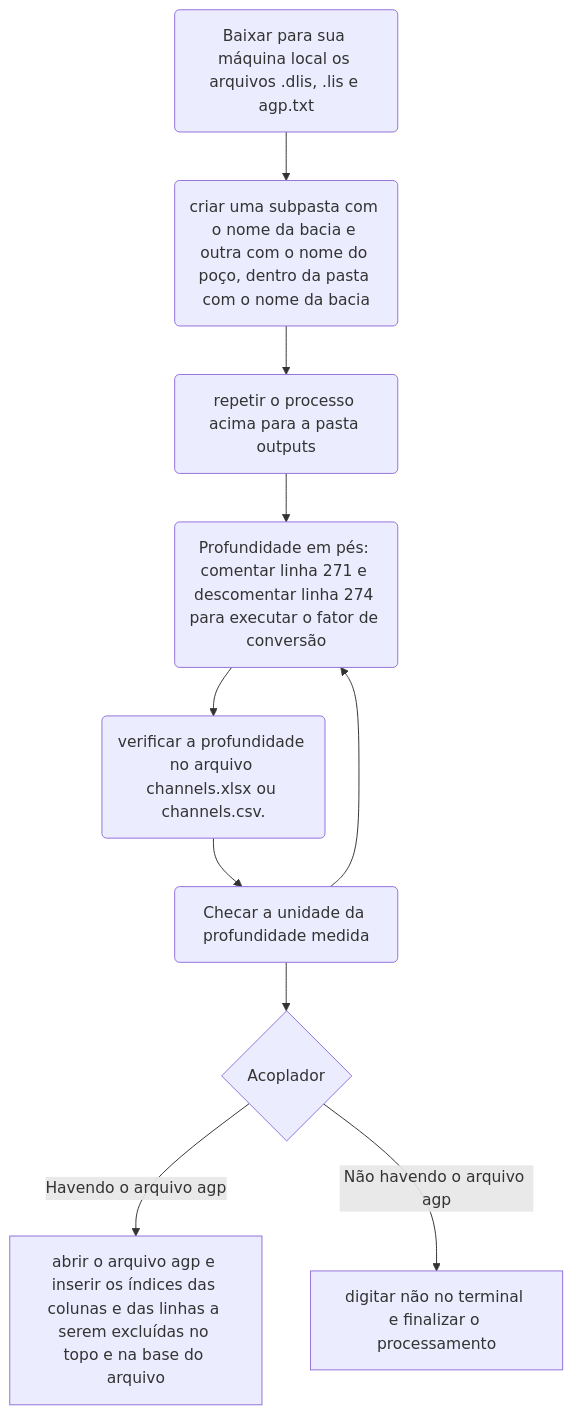
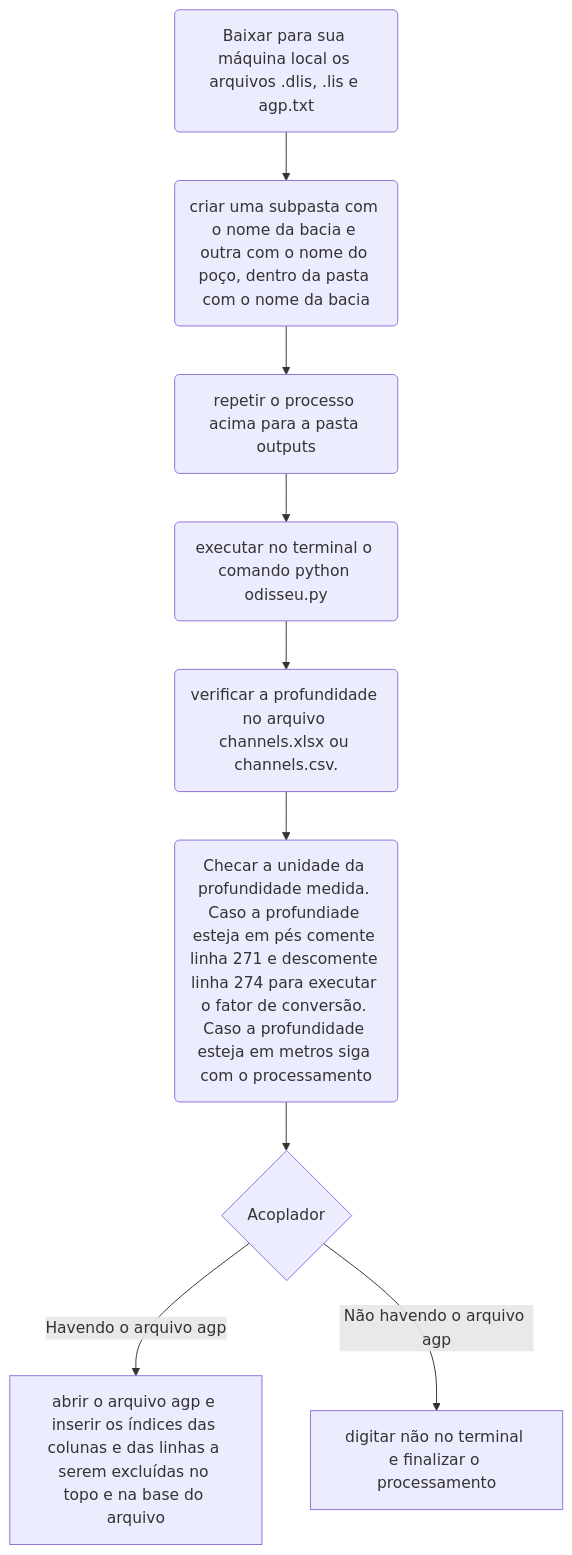
The diagram in README.md (PR-4/Odisseia), drawn with Mermaid before and after one commit.

````diff
--- a/README.md
+++ b/README.md
@@ -18,19 +18,16 @@
 ```mermaid
 flowchart TD
 
 A(Baixar para sua máquina local os arquivos .dlis, .lis e agp.txt) --> B(criar uma subpasta com o nome da bacia e outra com o nome do poço, dentro da pasta com o nome da bacia)
     B --> C(repetir o processo acima para a pasta outputs)
     C --> D(executar no terminal o comando python odisseu.py)
     D --> E(verificar a profundidade no arquivo channels.xlsx ou channels.csv. ) 
-    E --> F(Checar a unidade da profundidade medida)
-    
-            
-    F --> D(Profundidade em pés: comentar linha 271 e descomentar linha 274 para executar o fator de conversão)
-    F --> G(Profundiade em metros: alimentar a lista propriedades com as propriedades alvo)
+    E --> F(Checar a unidade da profundidade medida. Caso a profundiade esteja em pés comente linha 271 e descomente linha 274 para executar o fator de conversão. Caso a profundidade esteja em metros siga com o processamento)
+    F --> G(alimentar a lista propriedades com as propriedades alvo)
 
                G{Acoplador}
    G --> |Havendo o arquivo agp| H[abrir o arquivo agp e inserir os índices das colunas e das linhas a serem excluídas no topo e na base do arquivo]   
    G --> |Não havendo o arquivo agp| I[digitar não no terminal e finalizar o processamento]
 
 
 ```
````
